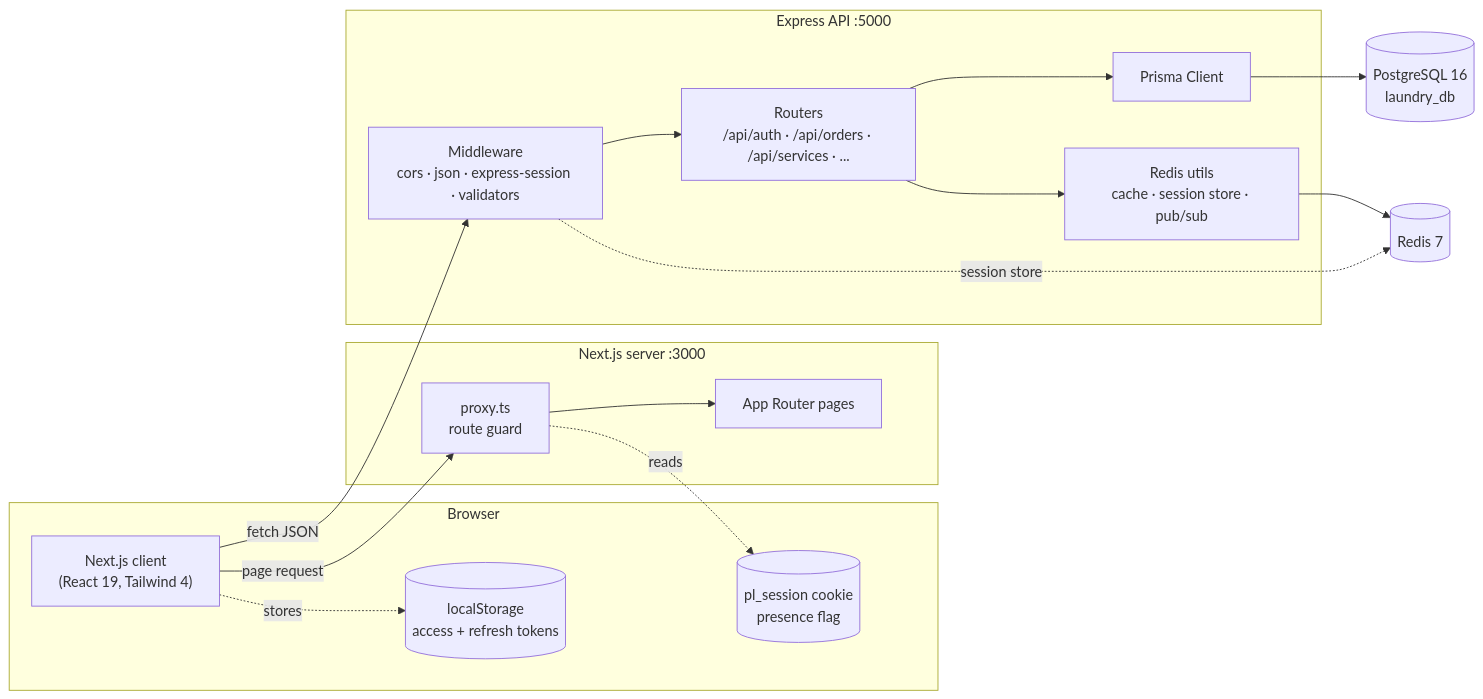
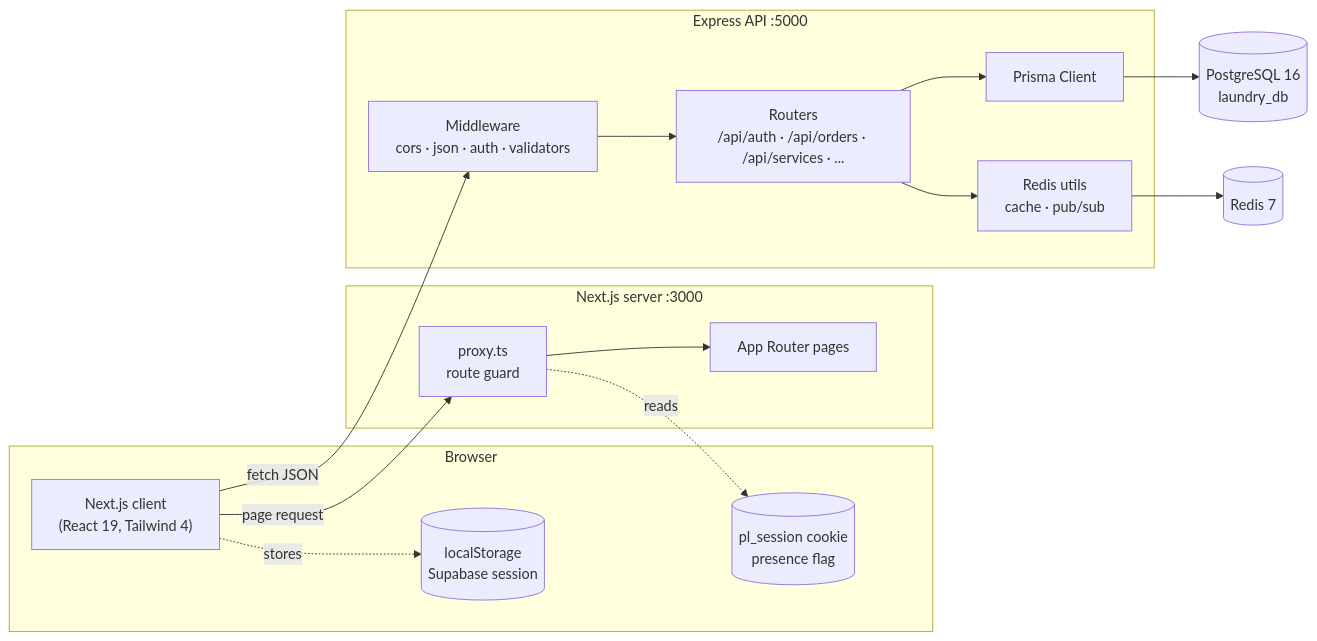
The first of 3 diagrams in README.md (Wambuiracheal/laundry-app), drawn with Mermaid before and after one commit. The commit also changed other lines of this file and 52 other files, not shown here.

First line of the commit message:
feat: integrate Supabase Auth for user authentication and session management

````diff
--- a/README.md
+++ b/README.md
@@ -30,31 +30,30 @@
 ```mermaid
 flowchart LR
     subgraph Browser
         UI["Next.js client<br/>(React 19, Tailwind 4)"]
-        LS[("localStorage<br/>access + refresh tokens")]
+        LS[("localStorage<br/>Supabase session")]
         CK[("pl_session cookie<br/>presence flag")]
     end
 
     subgraph "Next.js server :3000"
         PX["proxy.ts<br/>route guard"]
         SSR["App Router pages"]
     end
 
     subgraph "Express API :5000"
-        MW["Middleware<br/>cors · json · express-session · validators"]
+        MW["Middleware<br/>cors · json · auth · validators"]
         RT["Routers<br/>/api/auth · /api/orders · /api/services · ..."]
         PR["Prisma Client"]
-        RU["Redis utils<br/>cache · session store · pub/sub"]
+        RU["Redis utils<br/>cache · pub/sub"]
     end
 
     DB[("PostgreSQL 16<br/>laundry_db")]
     RD[("Redis 7")]
 
     UI -->|page request| PX --> SSR
     PX -.reads.-> CK
     UI -->|fetch JSON| MW --> RT
     UI -.stores.-> LS
     RT --> PR --> DB
     RT --> RU --> RD
-    MW -.session store.-> RD
 ```
````
